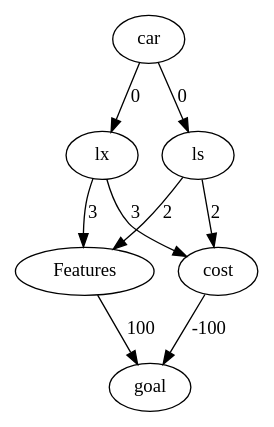
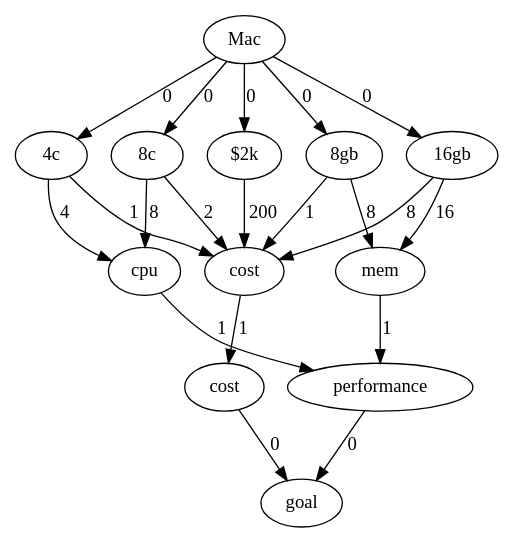
The diagram in testgraph.gv (mruge-shr/yet-another-graph), drawn with Graphviz before and after one commit. The commit also changed 1 other file, not shown here.

```diff
--- a/testgraph.gv
+++ b/testgraph.gv
@@ -1,21 +1,75 @@
 
 digraph {
+    
+    id_8b39e1c238d24690a3f369d2cca181c5 [label="Mac"]
+    id_2f009b676ab84588a7f0595dfa49d603 [label="8gb"]
+    id_6a20614a2330431da06ff7ea1d40ac1a [label="16gb"]
+    id_e81720e025a84c278b5281b98e43f15d [label="4c"]
+    id_8f0bc3b8d03f43ad9af9cacf62d95d60 [label="8c"]
+    id_a29bf0611ee14908be780509c3fe9524 [label="$2k"]
+    id_3344a7ce9f184915bb5249468c6e77f8 [label="mem"]
+    id_48a61bb5b461453c8720be4d061cf0ba [label="cpu"]
+    id_cfe1f98a4b8546aa82c7b72a53cd5ffb [label="cost"]
+    id_8a6101f40c0b44dd8e4281c243f2129b [label="cost"]
+    id_e3adde4b9357404b8586cb99fdc13dfb [label="performance"]
+    id_3476acf949fc4e7fae84497891de5750 [label="goal"]
 
     
-    id_248afef2c9ae4440bf9cef350a2e23c6 [label="car"]
-    id_3343fb83b06748c388d73bb21ed71e85 [label="lx"]
-    id_f398915cfc5f4f6e93e4b5e7d7e0032c [label="ls"]
-    id_5741cc96ade646cea24747accab006fe [label="Features"]
-    id_2c250f988beb4f61935d757dc4fb7a80 [label="cost"]
-    id_48b46999197045c9aeea275b9f1198b7 [label="goal"]
-
     
-    id_248afef2c9ae4440bf9cef350a2e23c6 -> id_3343fb83b06748c388d73bb21ed71e85 [label="0"]
-    id_248afef2c9ae4440bf9cef350a2e23c6 -> id_f398915cfc5f4f6e93e4b5e7d7e0032c [label="0"]
-    id_f398915cfc5f4f6e93e4b5e7d7e0032c -> id_2c250f988beb4f61935d757dc4fb7a80 [label="2"]
-    id_3343fb83b06748c388d73bb21ed71e85 -> id_2c250f988beb4f61935d757dc4fb7a80 [label="3"]
-    id_f398915cfc5f4f6e93e4b5e7d7e0032c -> id_5741cc96ade646cea24747accab006fe [label="2"]
-    id_3343fb83b06748c388d73bb21ed71e85 -> id_5741cc96ade646cea24747accab006fe [label="3"]
-    id_2c250f988beb4f61935d757dc4fb7a80 -> id_48b46999197045c9aeea275b9f1198b7 [label="-100"]
-    id_5741cc96ade646cea24747accab006fe -> id_48b46999197045c9aeea275b9f1198b7 [label="100"]
+    id_8b39e1c238d24690a3f369d2cca181c5 -> id_2f009b676ab84588a7f0595dfa49d603 [label="0"]
+    
+    
+    id_8b39e1c238d24690a3f369d2cca181c5 -> id_6a20614a2330431da06ff7ea1d40ac1a [label="0"]
+    
+    
+    id_8b39e1c238d24690a3f369d2cca181c5 -> id_e81720e025a84c278b5281b98e43f15d [label="0"]
+    
+    
+    id_8b39e1c238d24690a3f369d2cca181c5 -> id_8f0bc3b8d03f43ad9af9cacf62d95d60 [label="0"]
+    
+    
+    id_8b39e1c238d24690a3f369d2cca181c5 -> id_a29bf0611ee14908be780509c3fe9524 [label="0"]
+    
+    
+    id_2f009b676ab84588a7f0595dfa49d603 -> id_3344a7ce9f184915bb5249468c6e77f8 [label="8"]
+    
+    
+    id_6a20614a2330431da06ff7ea1d40ac1a -> id_3344a7ce9f184915bb5249468c6e77f8 [label="16"]
+    
+    
+    id_e81720e025a84c278b5281b98e43f15d -> id_48a61bb5b461453c8720be4d061cf0ba [label="4"]
+    
+    
+    id_8f0bc3b8d03f43ad9af9cacf62d95d60 -> id_48a61bb5b461453c8720be4d061cf0ba [label="8"]
+    
+    
+    id_2f009b676ab84588a7f0595dfa49d603 -> id_cfe1f98a4b8546aa82c7b72a53cd5ffb [label="1"]
+    
+    
+    id_6a20614a2330431da06ff7ea1d40ac1a -> id_cfe1f98a4b8546aa82c7b72a53cd5ffb [label="8"]
+    
+    
+    id_e81720e025a84c278b5281b98e43f15d -> id_cfe1f98a4b8546aa82c7b72a53cd5ffb [label="1"]
+    
+    
+    id_8f0bc3b8d03f43ad9af9cacf62d95d60 -> id_cfe1f98a4b8546aa82c7b72a53cd5ffb [label="2"]
+    
+    
+    id_a29bf0611ee14908be780509c3fe9524 -> id_cfe1f98a4b8546aa82c7b72a53cd5ffb [label="200"]
+    
+    
+    id_3344a7ce9f184915bb5249468c6e77f8 -> id_e3adde4b9357404b8586cb99fdc13dfb [label="1"]
+    
+    
+    id_48a61bb5b461453c8720be4d061cf0ba -> id_e3adde4b9357404b8586cb99fdc13dfb [label="1"]
+    
+    
+    id_cfe1f98a4b8546aa82c7b72a53cd5ffb -> id_8a6101f40c0b44dd8e4281c243f2129b [label="1"]
+    
+    
+    id_8a6101f40c0b44dd8e4281c243f2129b -> id_3476acf949fc4e7fae84497891de5750 [label="0"]
+    
+    
+    id_e3adde4b9357404b8586cb99fdc13dfb -> id_3476acf949fc4e7fae84497891de5750 [label="0"]
+    
 }
```
